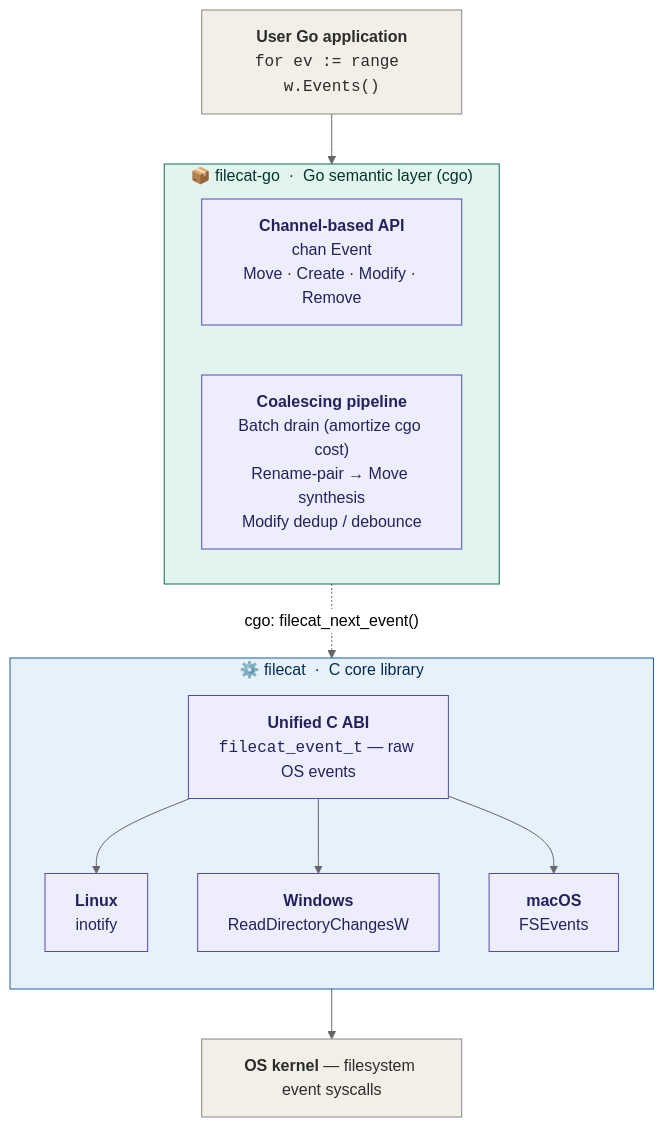
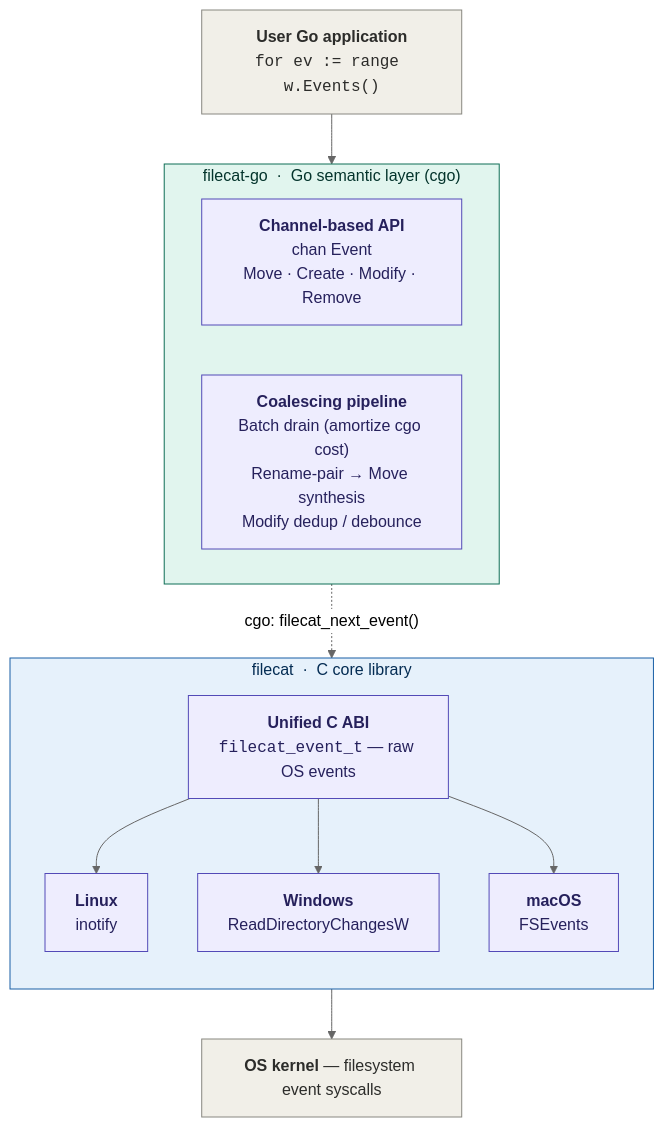
The diagram in README.md (lizzary/Filecat-go), drawn with Mermaid (neutral theme) before and after one commit.

````diff
--- a/README.md
+++ b/README.md
@@ -20,37 +20,37 @@
 ```mermaid
 flowchart TB
     User["<b>User Go application</b><br/><code>for ev := range w.Events()</code>"]
 
-    subgraph GoLayer["📦  filecat-go &nbsp;·&nbsp; Go semantic layer (cgo)"]
+    subgraph GoLayer["filecat-go &nbsp;·&nbsp; Go semantic layer (cgo)"]
         direction LR
         API["<b>Channel-based API</b><br/>chan Event<br/>Move · Create · Modify · Remove"]
         Pipeline["<b>Coalescing pipeline</b><br/>Batch drain (amortize cgo cost)<br/>Rename-pair → Move synthesis<br/>Modify dedup / debounce"]
     end
 
-    subgraph CLayer["⚙️  filecat &nbsp;·&nbsp; C core library"]
+    subgraph CLayer["filecat &nbsp;·&nbsp; C core library"]
         direction TB
         ABI["<b>Unified C ABI</b><br/><code>filecat_event_t</code> — raw OS events"]
         Linux["<b>Linux</b><br/>inotify"]
         Windows["<b>Windows</b><br/>ReadDirectoryChangesW"]
         Mac["<b>macOS</b><br/>FSEvents"]
         ABI --> Linux
         ABI --> Windows
         ABI --> Mac
     end
 
     Kernel["<b>OS kernel</b> — filesystem event syscalls"]
 
     User --> GoLayer
     GoLayer -. "cgo: filecat_next_event()" .-> CLayer
     CLayer --> Kernel
 
     classDef neutral fill:#f1efe8,stroke:#888780,stroke-width:1px,color:#2c2c2a
     classDef goLayer fill:#e1f5ee,stroke:#0f6e56,stroke-width:1px,color:#04342c
     classDef cLayer fill:#e6f1fb,stroke:#185fa5,stroke-width:1px,color:#042c53
     classDef comp fill:#eeedfe,stroke:#534ab7,stroke-width:1px,color:#26215c
 
     class User,Kernel neutral
     class API,Pipeline,ABI,Linux,Windows,Mac comp
     class GoLayer goLayer
     class CLayer cLayer
 ```
````
